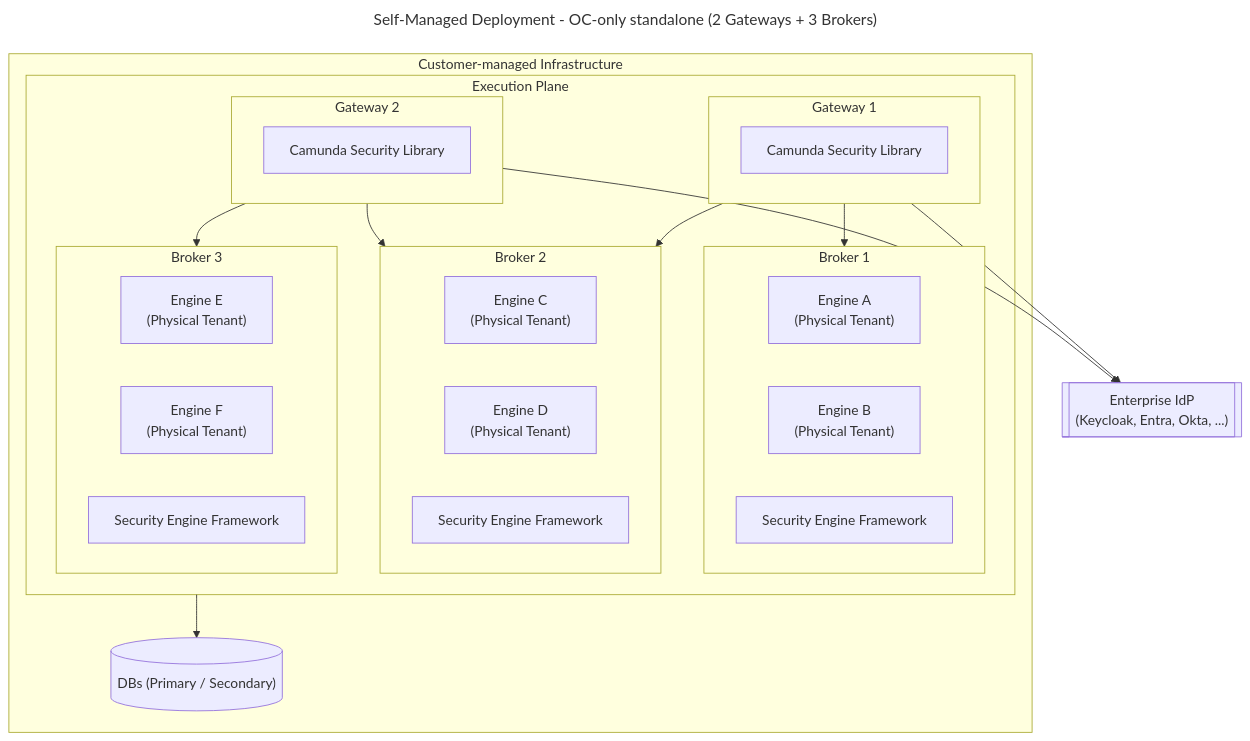
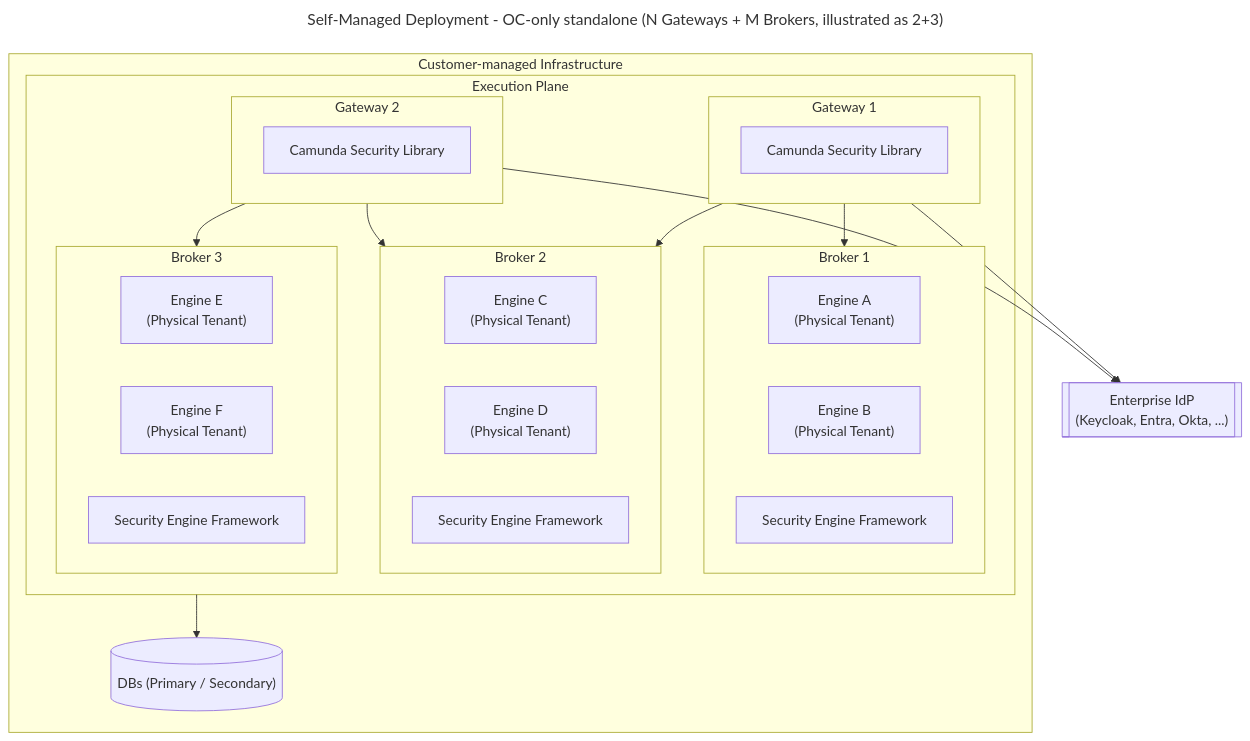
Diagram 19 of 20 in docs/architecture_docs.md (camunda/camunda-security-library), drawn with Mermaid before and after one commit. The commit also changed other lines of this file and 1 other file, not shown here.

First line of the commit message:
docs: address open review checklist items on architecture_docs (#426)

````diff
--- a/docs/architecture_docs.md
+++ b/docs/architecture_docs.md
@@ -1550,45 +1491,45 @@
 ```mermaid
 ---
-title: Self-Managed Deployment - OC-only standalone (2 Gateways + 3 Brokers)
+title: Self-Managed Deployment - OC-only standalone (N Gateways + M Brokers, illustrated as 2+3)
 ---
 flowchart TB
   subgraph Customer["Customer-managed Infrastructure"]
     subgraph Execution["Execution Plane"]
       subgraph GW1["Gateway 1"]
         GW1CSL["Camunda Security Library"]
       end
       subgraph GW2["Gateway 2"]
         GW2CSL["Camunda Security Library"]
       end
 
       subgraph Broker1["Broker 1"]
         B1E1["Engine A</br>(Physical Tenant)"]
         B1E2["Engine B</br>(Physical Tenant)"]
         B1SEF["Security Engine Framework"]
       end
 
       subgraph Broker2["Broker 2"]
         B2E1["Engine C</br>(Physical Tenant)"]
         B2E2["Engine D</br>(Physical Tenant)"]
         B2SEF["Security Engine Framework"]
       end
 
       subgraph Broker3["Broker 3"]
         B3E1["Engine E</br>(Physical Tenant)"]
         B3E2["Engine F</br>(Physical Tenant)"]
         B3SEF["Security Engine Framework"]
       end
 
       GW1 --> Broker1
       GW1 --> Broker2
       GW2 --> Broker2
       GW2 --> Broker3
     end
 
     DBs[("DBs (Primary / Secondary)")]
   end
 
   EnterpriseIdP[["Enterprise IdP</br>(Keycloak, Entra, Okta, ...)"]]
   Execution --> DBs
   GW1 & GW2 --> EnterpriseIdP
 ```
````
